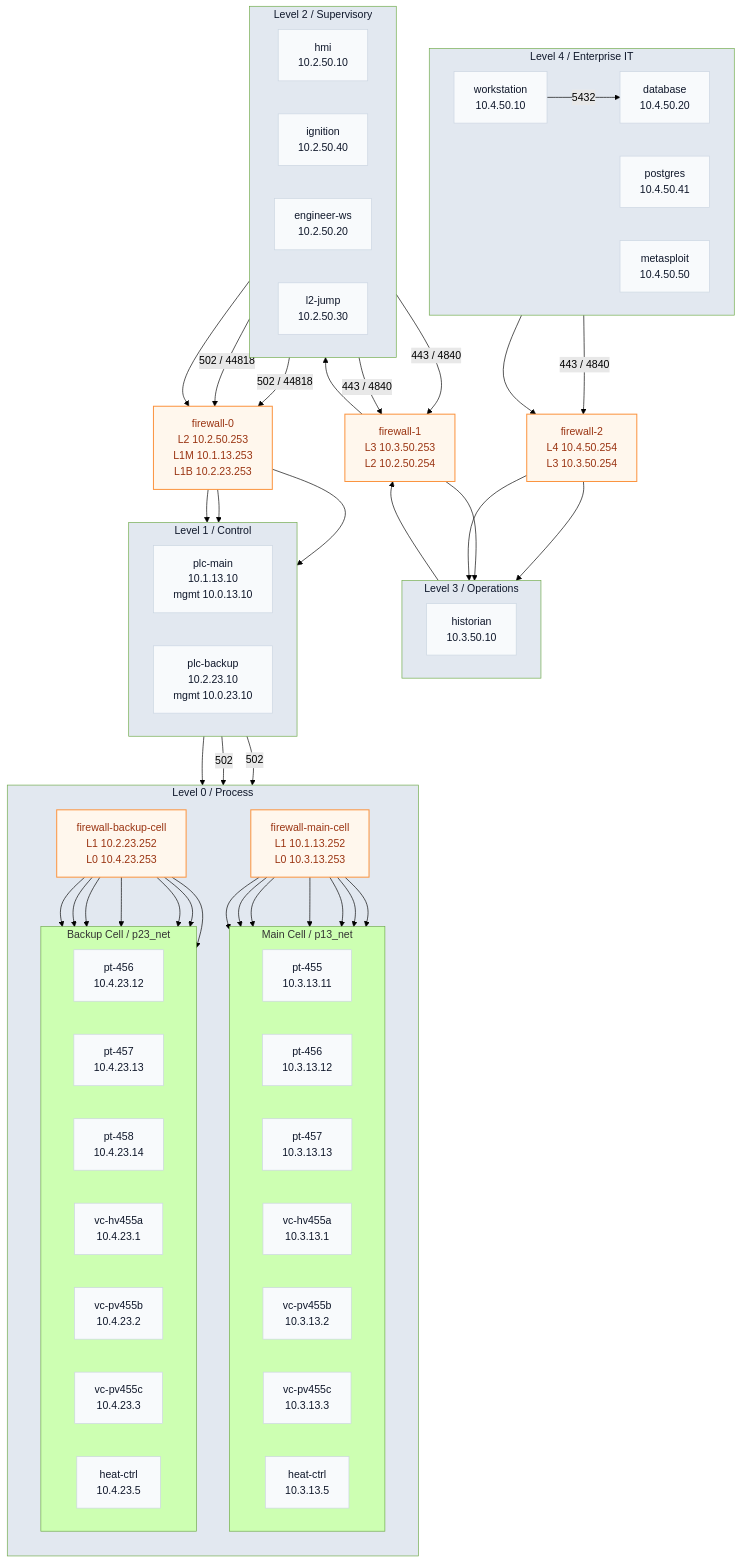
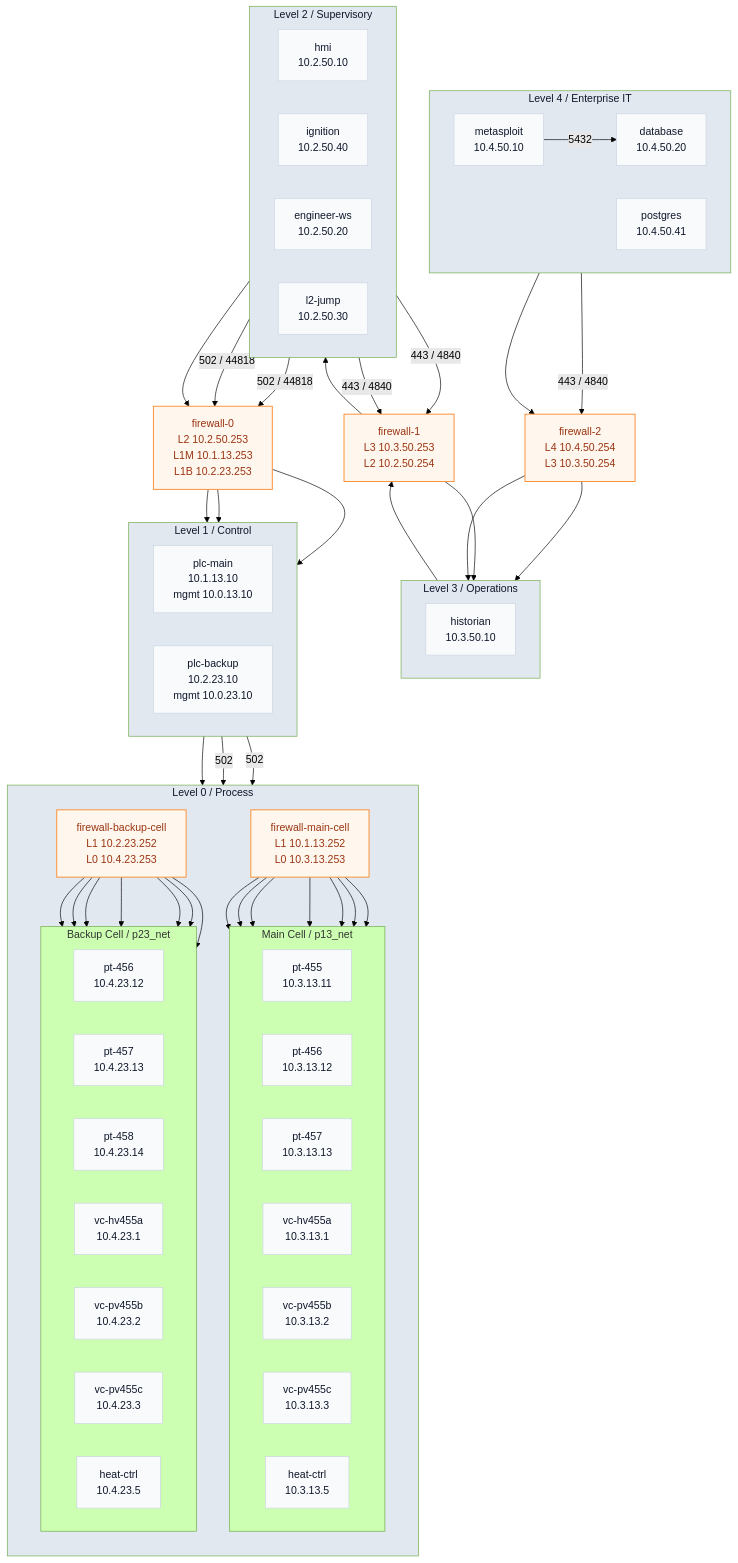
Before and after one commit to doranm09/falcons: the diagram in testbed/iaea_rcs_demo/README.md, drawn with Mermaid (forest theme). The commit also changed other lines of this file and 53 other files, not shown here.

```diff
--- a/testbed/iaea_rcs_demo/README.md
+++ b/testbed/iaea_rcs_demo/README.md
@@ -21,10 +21,9 @@
 
   subgraph L4["Level 4 / Enterprise IT"]
     direction LR
-    WS["workstation<br/>10.4.50.10"]:::device
+    MSF["metasploit<br/>10.4.50.10"]:::device
     DB["database<br/>10.4.50.20"]:::device
     PG["postgres<br/>10.4.50.41"]:::device
-    MSF["metasploit<br/>10.4.50.50"]:::device
   end
   style L4 fill:#e2e8f0,color:#0f172a
 
@@ -88,10 +87,10 @@
   L4 --> FW2 --> L3 --> FW1 --> L2 --> FW0 --> L1 --> L0
 
   %% ---- ENTERPRISE TO DMZ ----
-  WS -->|"443 / 4840"| FW2
+  MSF -->|"443 / 4840"| FW2
   FW2 --> HIST
 
-  WS -->|"5432"| DB
+  MSF -->|"5432"| DB
 
   %% ---- DMZ TO L2 ----
   HMI -->|"443 / 4840"| FW1
```
